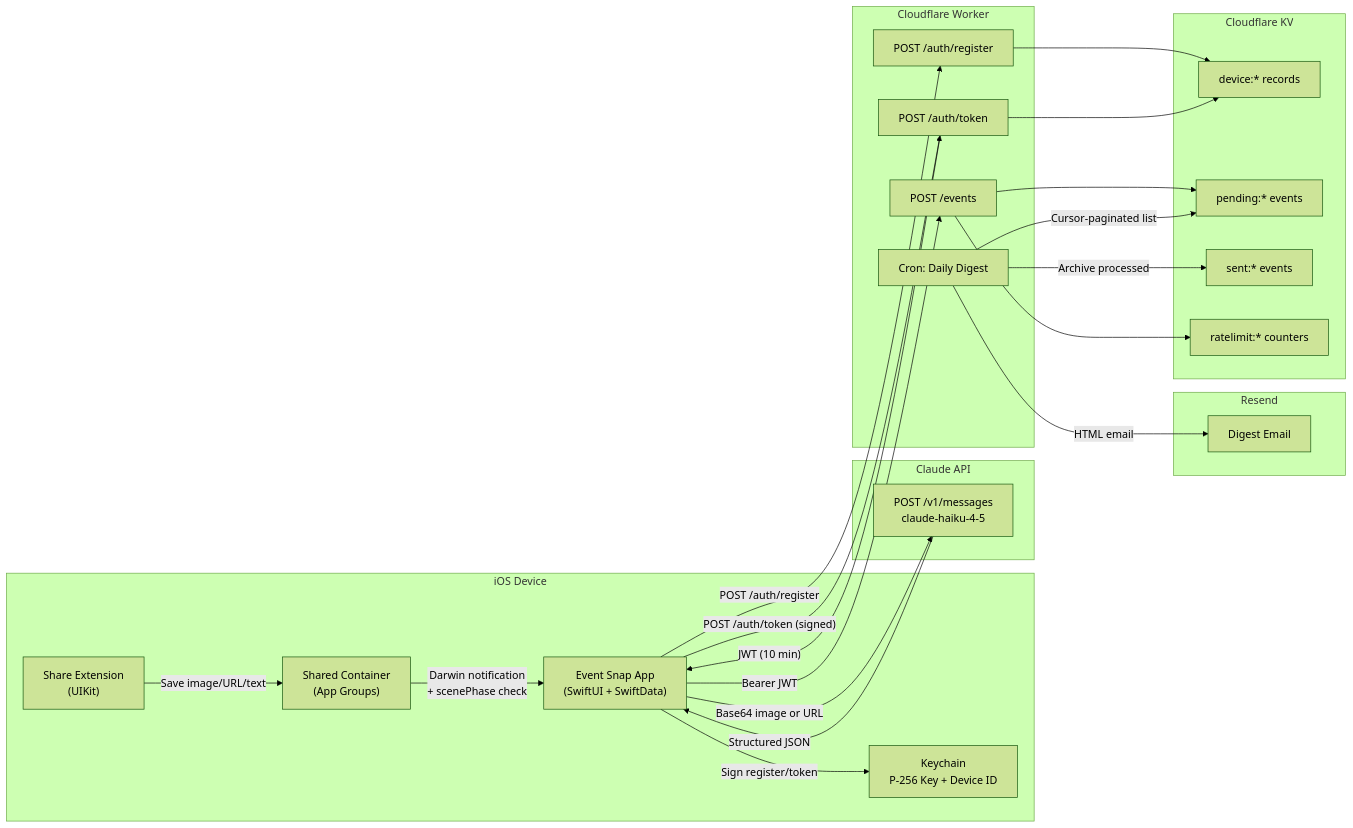
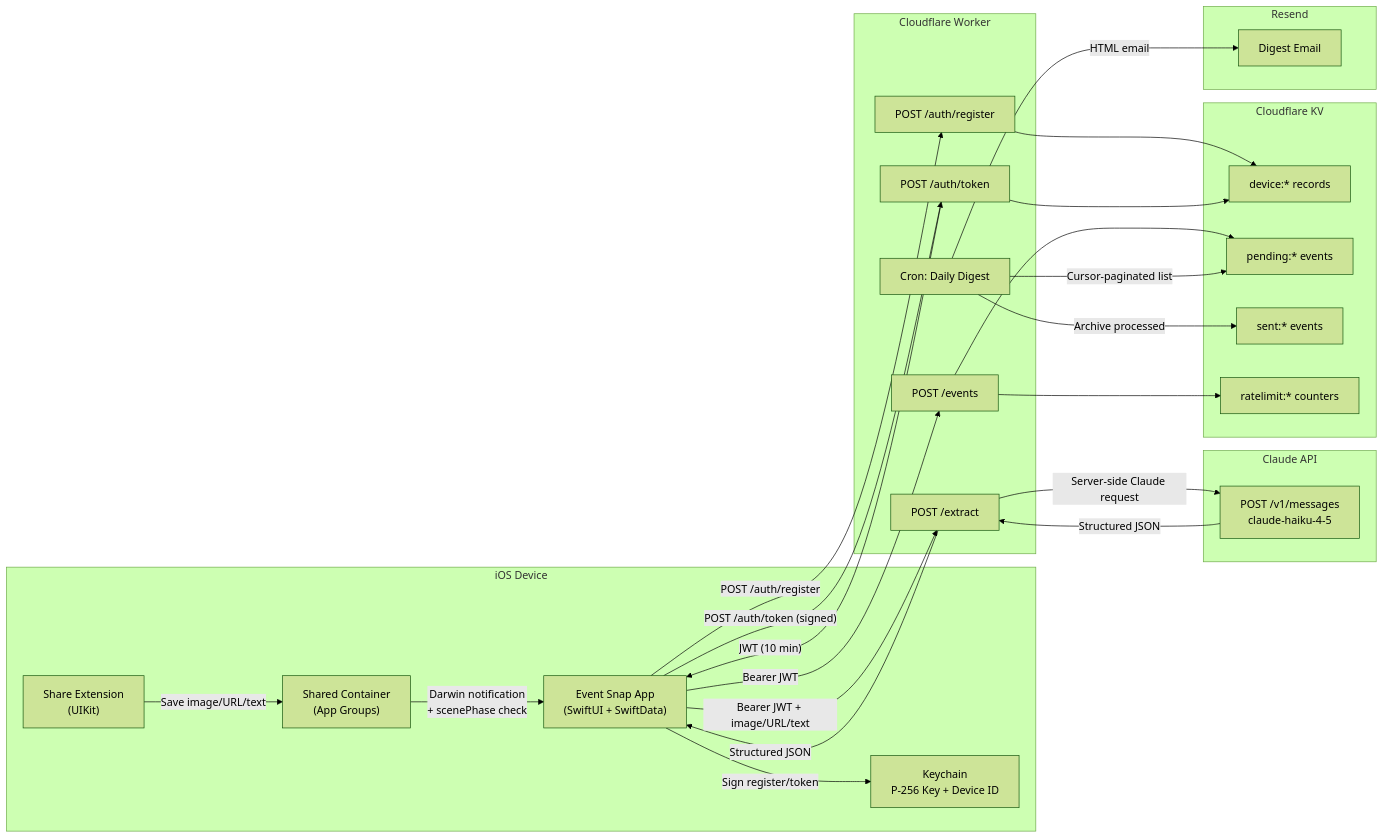
Before and after one commit to danieljwilson/event-image-2-calendar: the diagram in ARCHITECTURE.md, drawn with Mermaid (forest theme). The commit also changed other lines of this file and 15 other files, not shown here.

````diff
--- a/ARCHITECTURE.md
+++ b/ARCHITECTURE.md
@@ -15,50 +19,53 @@
 ```mermaid
 flowchart LR
     subgraph Device["iOS Device"]
         App["Event Snap App\n(SwiftUI + SwiftData)"]
         Ext["Share Extension\n(UIKit)"]
         Shared["Shared Container\n(App Groups)"]
         Keychain["Keychain\nP-256 Key + Device ID"]
     end
 
     subgraph Claude["Claude API"]
         Vision["POST /v1/messages\nclaude-haiku-4-5"]
     end
 
     subgraph Edge["Cloudflare Worker"]
         Register["POST /auth/register"]
         Token["POST /auth/token"]
+        Extract["POST /extract"]
         Events["POST /events"]
         Digest["Cron: Daily Digest"]
     end
 
     subgraph Data["Cloudflare KV"]
         DevRec["device:* records"]
         Pending["pending:* events"]
         Sent["sent:* events"]
         RL["ratelimit:* counters"]
     end
 
     subgraph Email["Resend"]
         Mail["Digest Email"]
     end
 
     Ext -->|"Save image/URL/text"| Shared
     Shared -->|"Darwin notification\n+ scenePhase check"| App
-    App -->|"Base64 image or URL"| Vision
-    Vision -->|"Structured JSON"| App
 
     App -->|"Sign register/token"| Keychain
     App -->|"POST /auth/register"| Register
     Register --> DevRec
     App -->|"POST /auth/token (signed)"| Token
     Token --> DevRec
     Token -->|"JWT (10 min)"| App
+    App -->|"Bearer JWT + image/URL/text"| Extract
+    Extract -->|"Server-side Claude request"| Vision
+    Vision -->|"Structured JSON"| Extract
+    Extract -->|"Structured JSON"| App
     App -->|"Bearer JWT"| Events
     Events --> Pending
     Events --> RL
 
     Digest -->|"Cursor-paginated list"| Pending
     Digest -->|"Archive processed"| Sent
     Digest -->|"HTML email"| Mail
 ```
````
